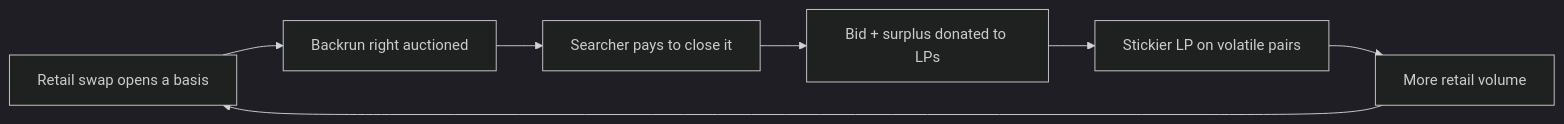
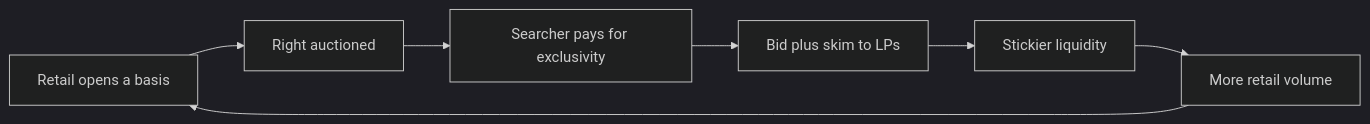
One commit to Najnomics/sold-backrun changed the third of 3 diagrams in README.md. Above: the diagram before and after it, drawn with Mermaid (dark theme). The commit also changed other lines of this file, not shown here.

Commit message:
Expand the README with idea, flow, deployments, integrations, and the business case.

````diff
--- a/README.md
+++ b/README.md
@@ -160,9 +150,9 @@
 ```mermaid
 flowchart LR
-    A[Retail swap opens a basis] --> B[Backrun right auctioned]
-    B --> C[Searcher pays to close it]
-    C --> D[Bid + surplus donated to LPs]
-    D --> E[Stickier LP on volatile pairs]
-    E --> F[More retail volume]
-    F --> A
+    R[Retail opens a basis] --> A[Right auctioned]
+    A --> S[Searcher pays for exclusivity]
+    S --> LP[Bid plus skim to LPs]
+    LP --> D[Stickier liquidity]
+    D --> V[More retail volume]
+    V --> R
 ```
````
